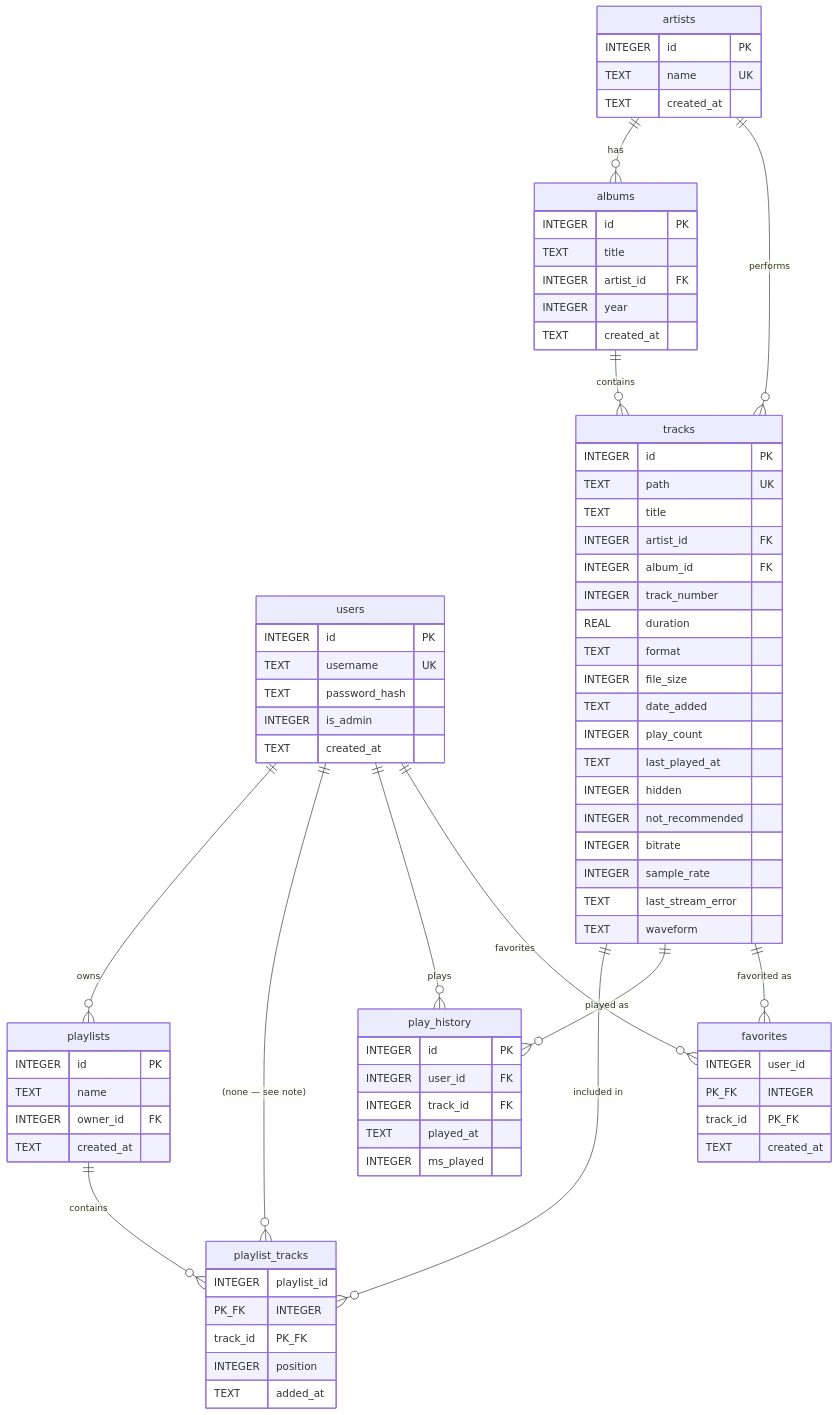
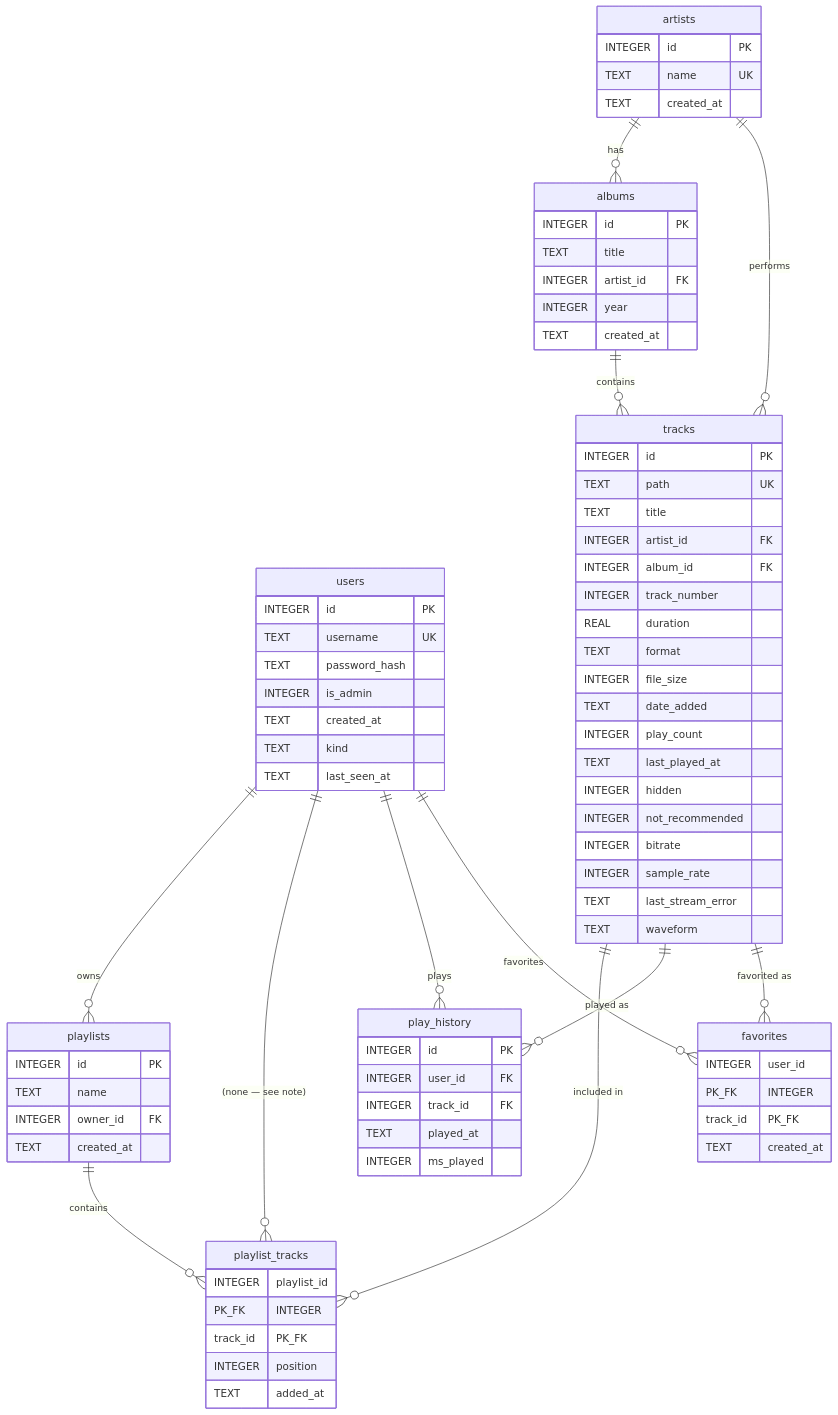
One commit to meranisu/brainlessmusic changed the diagram in .docs/reference/database-schema.md. Above: the diagram before and after it, drawn with Mermaid. The commit also changed other lines of this file and 15 other files, not shown here.

````diff
--- a/.docs/reference/database-schema.md
+++ b/.docs/reference/database-schema.md
@@ -21,78 +21,80 @@
 ```mermaid
 erDiagram
     users ||--o{ playlists : owns
     users ||--o{ playlist_tracks : "(none — see note)"
     users ||--o{ play_history : plays
     users ||--o{ favorites : favorites
     artists ||--o{ albums : has
     artists ||--o{ tracks : performs
     albums ||--o{ tracks : contains
     tracks ||--o{ playlist_tracks : "included in"
     tracks ||--o{ play_history : "played as"
     tracks ||--o{ favorites : "favorited as"
     playlists ||--o{ playlist_tracks : contains
 
     users {
         INTEGER id PK
         TEXT username UK
         TEXT password_hash
         INTEGER is_admin
         TEXT created_at
+        TEXT kind
+        TEXT last_seen_at
     }
     artists {
         INTEGER id PK
         TEXT name UK
         TEXT created_at
     }
     albums {
         INTEGER id PK
         TEXT title
         INTEGER artist_id FK
         INTEGER year
         TEXT created_at
     }
     tracks {
         INTEGER id PK
         TEXT path UK
         TEXT title
         INTEGER artist_id FK
         INTEGER album_id FK
         INTEGER track_number
         REAL duration
         TEXT format
         INTEGER file_size
         TEXT date_added
         INTEGER play_count
         TEXT last_played_at
         INTEGER hidden
         INTEGER not_recommended
         INTEGER bitrate
         INTEGER sample_rate
         TEXT last_stream_error
         TEXT waveform
     }
     playlists {
         INTEGER id PK
         TEXT name
         INTEGER owner_id FK
         TEXT created_at
     }
     playlist_tracks {
         INTEGER playlist_id PK_FK
         INTEGER track_id PK_FK
         INTEGER position
         TEXT added_at
     }
     play_history {
         INTEGER id PK
         INTEGER user_id FK
         INTEGER track_id FK
         TEXT played_at
         INTEGER ms_played
     }
     favorites {
         INTEGER user_id PK_FK
         INTEGER track_id PK_FK
         TEXT created_at
     }
 ```
````
